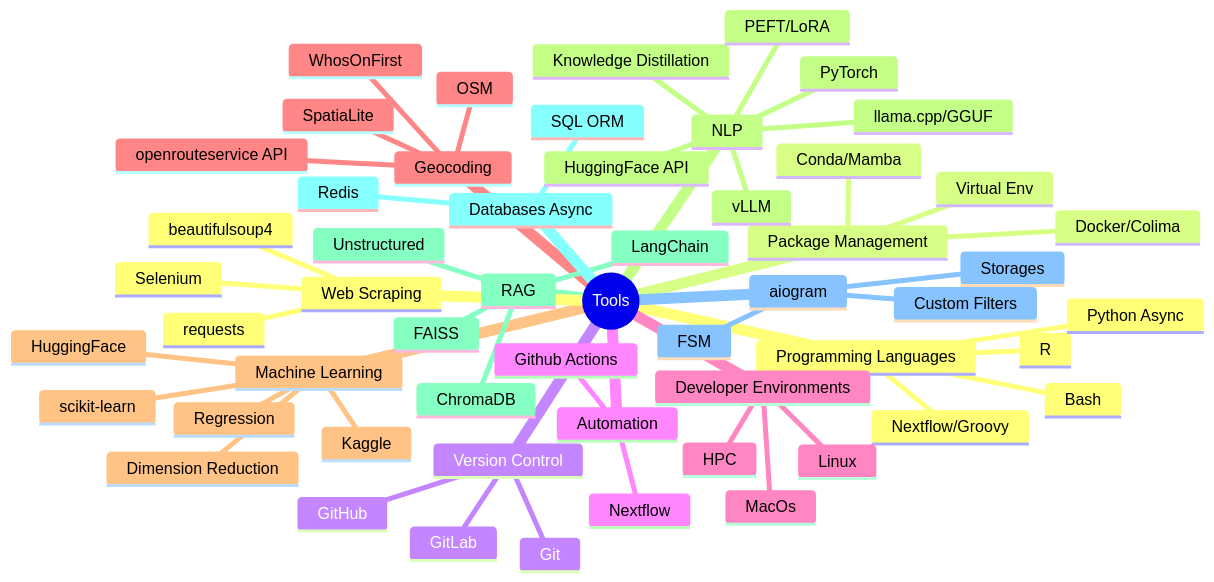
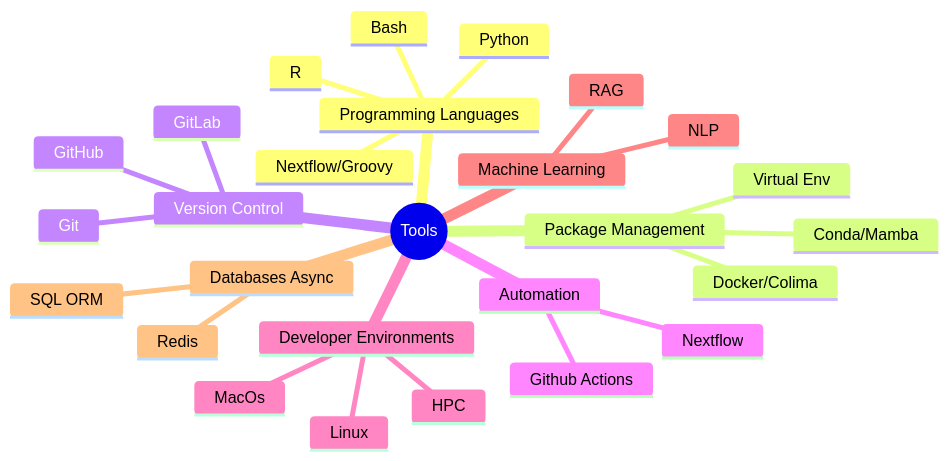
One commit to gorbruno/gorbruno changed the diagram in README.md. Above: the diagram before and after it, drawn with Mermaid.

````diff
--- a/README.md
+++ b/README.md
@@ -12,58 +12,30 @@
 ```mermaid
 mindmap
   root((Tools))
     Programming Languages
       Bash
       Nextflow/Groovy
       R
-      Python Async
+      Python
     Package Management
       Conda/Mamba
       Docker/Colima
       Virtual Env
     Version Control
       Git
       GitHub
       GitLab
     Automation
       Github Actions
       Nextflow
     Developer Environments
       MacOs
       Linux
       HPC
-    Geocoding
-      SpatiaLite
-      OSM
-      openrouteservice API
-      WhosOnFirst
     Machine Learning
-      Regression
-      Dimension Reduction
-      Kaggle
-      HuggingFace
-      scikit-learn
-    NLP
-      PyTorch
-      vLLM
-      llama.cpp/GGUF
-      HuggingFace API
-      Knowledge Distillation
-      PEFT/LoRA
-    RAG
-      LangChain
-      Unstructured
-      ChromaDB
-      FAISS
+      NLP
+      RAG
     Databases Async
       SQL ORM
       Redis
-    aiogram
-      Storages
-      Custom Filters
-      FSM
-    Web Scraping
-      requests
-      beautifulsoup4
-      Selenium 
 ```
````
